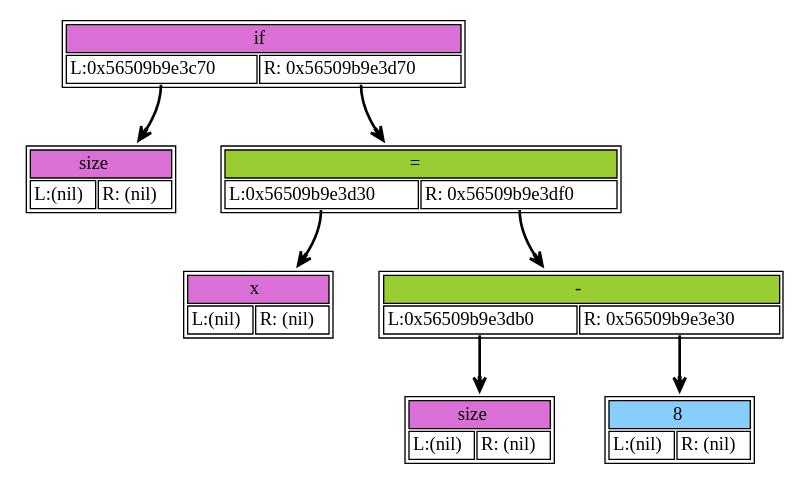
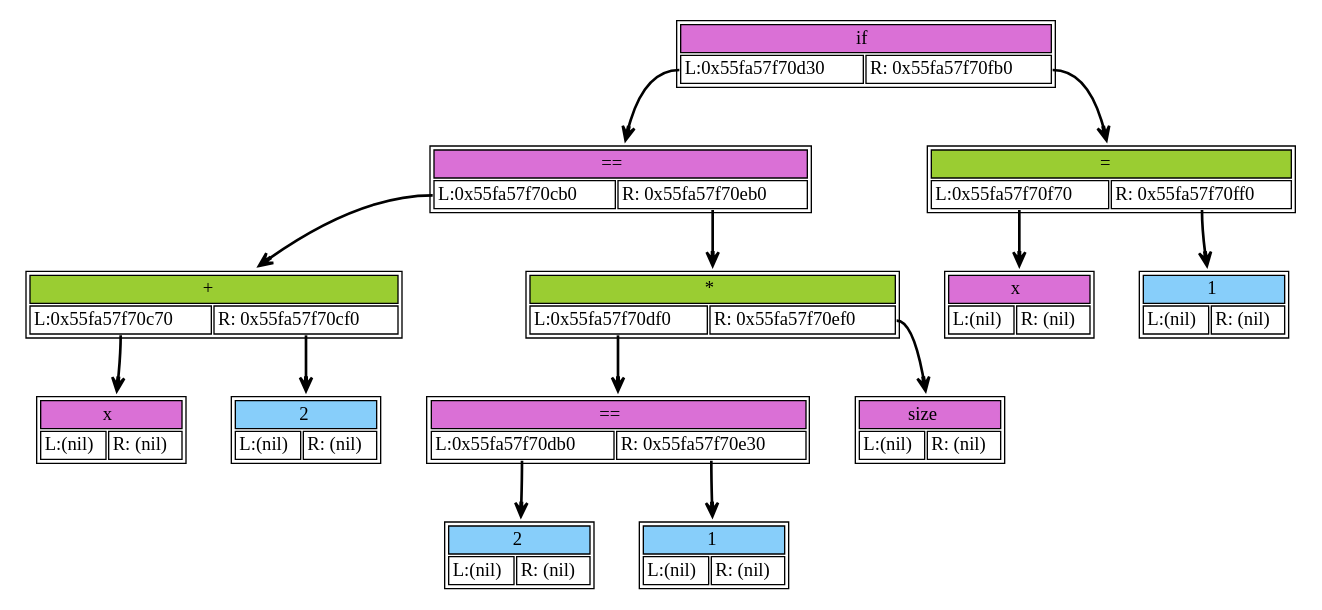
Before and after one commit to Varnike/language: the diagram in dump/dump.dot, drawn with Graphviz. The commit also changed 8 other files, not shown here.

```diff
--- a/dump/dump.dot
+++ b/dump/dump.dot
@@ -1,44 +1,80 @@
 digraph dump_graph {
 	rankdir=TV; 
-node0x56509b9e3c70 [shape=plaintext
+node0x55fa57f70c70 [shape=plaintext
+					label=<<table border='1' cellborder='1'>
+			<tr><td colspan="2" bgcolor="orchid" > x</td></tr>
+					<tr><td port= "lchild">L:(nil)</td><td port="rchild">R: (nil)</td></tr>
+				</table>>];
+node0x55fa57f70cb0 [shape=plaintext
+					label=<<table border='1' cellborder='1'>
+			<tr><td colspan="2" bgcolor="olivedrab3" > +</td></tr>
+					<tr><td port= "lchild">L:0x55fa57f70c70</td><td port="rchild">R: 0x55fa57f70cf0</td></tr>
+				</table>>];
+		node0x55fa57f70cb0:lchild -> node0x55fa57f70c70[style=bold, arrowhead=vee];
+		node0x55fa57f70cb0:rchild -> node0x55fa57f70cf0[style=bold, arrowhead=vee];
+node0x55fa57f70cf0 [shape=plaintext
+					label=<<table border='1' cellborder='1'>
+			<tr><td colspan="2" bgcolor="lightskyblue" >2</td></tr>
+					<tr><td port= "lchild">L:(nil)</td><td port="rchild">R: (nil)</td></tr>
+				</table>>];
+node0x55fa57f70d30 [shape=plaintext
+					label=<<table border='1' cellborder='1'>
+			<tr><td colspan="2" bgcolor="orchid" > ==</td></tr>
+					<tr><td port= "lchild">L:0x55fa57f70cb0</td><td port="rchild">R: 0x55fa57f70eb0</td></tr>
+				</table>>];
+		node0x55fa57f70d30:lchild -> node0x55fa57f70cb0[style=bold, arrowhead=vee];
+		node0x55fa57f70d30:rchild -> node0x55fa57f70eb0[style=bold, arrowhead=vee];
+node0x55fa57f70db0 [shape=plaintext
+					label=<<table border='1' cellborder='1'>
+			<tr><td colspan="2" bgcolor="lightskyblue" >2</td></tr>
+					<tr><td port= "lchild">L:(nil)</td><td port="rchild">R: (nil)</td></tr>
+				</table>>];
+node0x55fa57f70df0 [shape=plaintext
+					label=<<table border='1' cellborder='1'>
+			<tr><td colspan="2" bgcolor="orchid" > ==</td></tr>
+					<tr><td port= "lchild">L:0x55fa57f70db0</td><td port="rchild">R: 0x55fa57f70e30</td></tr>
+				</table>>];
+		node0x55fa57f70df0:lchild -> node0x55fa57f70db0[style=bold, arrowhead=vee];
+		node0x55fa57f70df0:rchild -> node0x55fa57f70e30[style=bold, arrowhead=vee];
+node0x55fa57f70e30 [shape=plaintext
+					label=<<table border='1' cellborder='1'>
+			<tr><td colspan="2" bgcolor="lightskyblue" >1</td></tr>
+					<tr><td port= "lchild">L:(nil)</td><td port="rchild">R: (nil)</td></tr>
+				</table>>];
+node0x55fa57f70eb0 [shape=plaintext
+					label=<<table border='1' cellborder='1'>
+			<tr><td colspan="2" bgcolor="olivedrab3" > *</td></tr>
+					<tr><td port= "lchild">L:0x55fa57f70df0</td><td port="rchild">R: 0x55fa57f70ef0</td></tr>
+				</table>>];
+		node0x55fa57f70eb0:lchild -> node0x55fa57f70df0[style=bold, arrowhead=vee];
+		node0x55fa57f70eb0:rchild -> node0x55fa57f70ef0[style=bold, arrowhead=vee];
+node0x55fa57f70ef0 [shape=plaintext
 					label=<<table border='1' cellborder='1'>
 			<tr><td colspan="2" bgcolor="orchid" > size</td></tr>
 					<tr><td port= "lchild">L:(nil)</td><td port="rchild">R: (nil)</td></tr>
 				</table>>];
-node0x56509b9e3bf0 [shape=plaintext
+node0x55fa57f70bf0 [shape=plaintext
 					label=<<table border='1' cellborder='1'>
 			<tr><td colspan="2" bgcolor="orchid" > if</td></tr>
-					<tr><td port= "lchild">L:0x56509b9e3c70</td><td port="rchild">R: 0x56509b9e3d70</td></tr>
+					<tr><td port= "lchild">L:0x55fa57f70d30</td><td port="rchild">R: 0x55fa57f70fb0</td></tr>
 				</table>>];
-		node0x56509b9e3bf0:lchild -> node0x56509b9e3c70[style=bold, arrowhead=vee];
-		node0x56509b9e3bf0:rchild -> node0x56509b9e3d70[style=bold, arrowhead=vee];
-node0x56509b9e3d30 [shape=plaintext
+		node0x55fa57f70bf0:lchild -> node0x55fa57f70d30[style=bold, arrowhead=vee];
+		node0x55fa57f70bf0:rchild -> node0x55fa57f70fb0[style=bold, arrowhead=vee];
+node0x55fa57f70f70 [shape=plaintext
 					label=<<table border='1' cellborder='1'>
 			<tr><td colspan="2" bgcolor="orchid" > x</td></tr>
 					<tr><td port= "lchild">L:(nil)</td><td port="rchild">R: (nil)</td></tr>
 				</table>>];
-node0x56509b9e3d70 [shape=plaintext
+node0x55fa57f70fb0 [shape=plaintext
 					label=<<table border='1' cellborder='1'>
 			<tr><td colspan="2" bgcolor="olivedrab3" > =</td></tr>
-					<tr><td port= "lchild">L:0x56509b9e3d30</td><td port="rchild">R: 0x56509b9e3df0</td></tr>
+					<tr><td port= "lchild">L:0x55fa57f70f70</td><td port="rchild">R: 0x55fa57f70ff0</td></tr>
 				</table>>];
-		node0x56509b9e3d70:lchild -> node0x56509b9e3d30[style=bold, arrowhead=vee];
-		node0x56509b9e3d70:rchild -> node0x56509b9e3df0[style=bold, arrowhead=vee];
-node0x56509b9e3db0 [shape=plaintext
+		node0x55fa57f70fb0:lchild -> node0x55fa57f70f70[style=bold, arrowhead=vee];
+		node0x55fa57f70fb0:rchild -> node0x55fa57f70ff0[style=bold, arrowhead=vee];
+node0x55fa57f70ff0 [shape=plaintext
 					label=<<table border='1' cellborder='1'>
-			<tr><td colspan="2" bgcolor="orchid" > size</td></tr>
-					<tr><td port= "lchild">L:(nil)</td><td port="rchild">R: (nil)</td></tr>
-				</table>>];
-node0x56509b9e3df0 [shape=plaintext
-					label=<<table border='1' cellborder='1'>
-			<tr><td colspan="2" bgcolor="olivedrab3" > -</td></tr>
-					<tr><td port= "lchild">L:0x56509b9e3db0</td><td port="rchild">R: 0x56509b9e3e30</td></tr>
-				</table>>];
-		node0x56509b9e3df0:lchild -> node0x56509b9e3db0[style=bold, arrowhead=vee];
-		node0x56509b9e3df0:rchild -> node0x56509b9e3e30[style=bold, arrowhead=vee];
-node0x56509b9e3e30 [shape=plaintext
-					label=<<table border='1' cellborder='1'>
-			<tr><td colspan="2" bgcolor="lightskyblue" >8</td></tr>
+			<tr><td colspan="2" bgcolor="lightskyblue" >1</td></tr>
 					<tr><td port= "lchild">L:(nil)</td><td port="rchild">R: (nil)</td></tr>
 				</table>>];
 }
```
